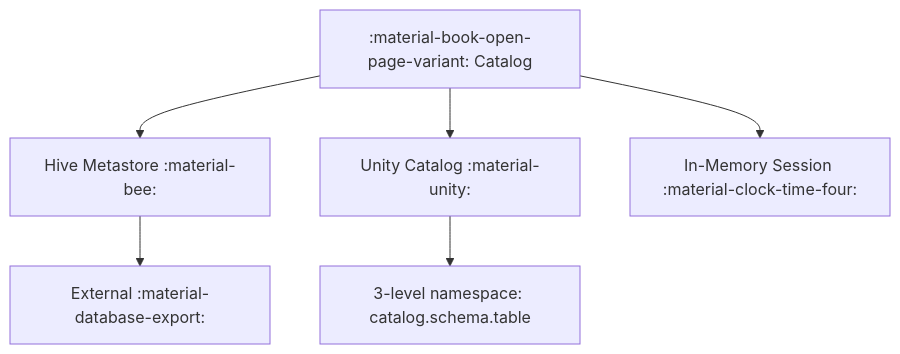
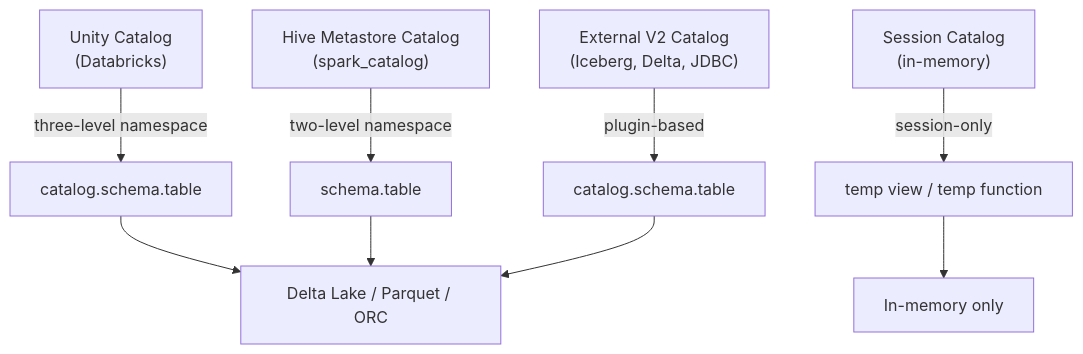
One commit to mahfooziiitian/spark-batch changed the first of 2 diagrams in spark-sql/docs/catalog/index.md. Above: the diagram before and after it, drawn with Mermaid. The commit also changed other lines of this file and 223 other files, not shown here.

````diff
--- a/spark-sql/docs/catalog/index.md
+++ b/spark-sql/docs/catalog/index.md
@@ -15,8 +11,12 @@
 ```mermaid
-graph TD
-    A[":material-book-open-page-variant: Catalog"] --> B["Hive Metastore :material-bee:"]
-    A --> C["Unity Catalog :material-unity:"]
-    A --> D["In-Memory Session :material-clock-time-four:"]
-    B --> E["External :material-database-export:"]
-    C --> F["3-level namespace: catalog.schema.table"]
+flowchart TD
+    UC["Unity Catalog\n(Databricks)"] -->|three-level namespace| NS["catalog.schema.table"]
+    HC["Hive Metastore Catalog\n(spark_catalog)"] -->|two-level namespace| HS["schema.table"]
+    EC["External V2 Catalog\n(Iceberg, Delta, JDBC)"] -->|plugin-based| ES["catalog.schema.table"]
+    SC["Session Catalog\n(in-memory)"] -->|session-only| SS["temp view / temp function"]
+
+    NS --> DL["Delta Lake / Parquet / ORC"]
+    HS --> DL
+    ES --> DL
+    SS --> MEM["In-memory only"]
 ```
````
